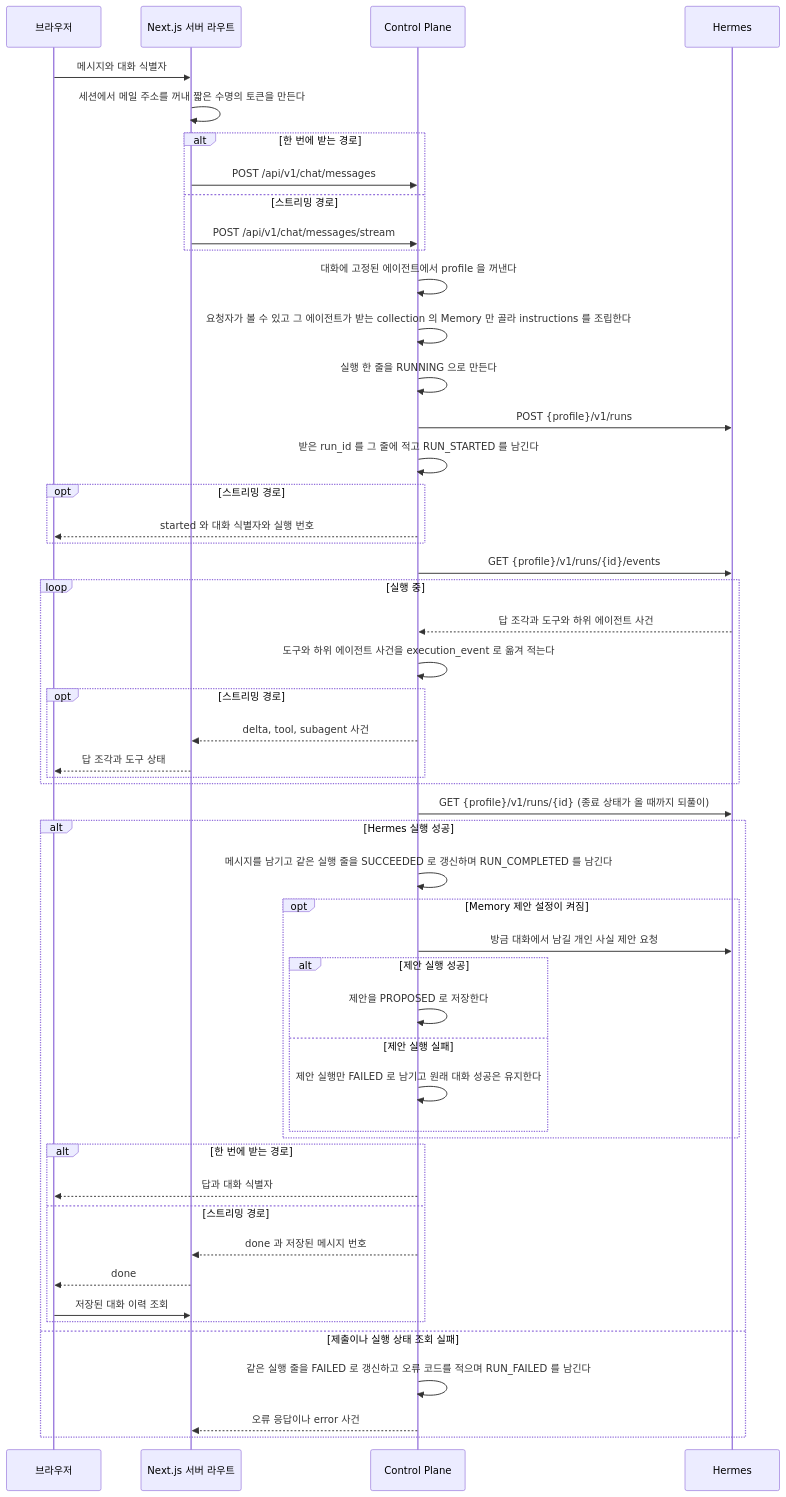
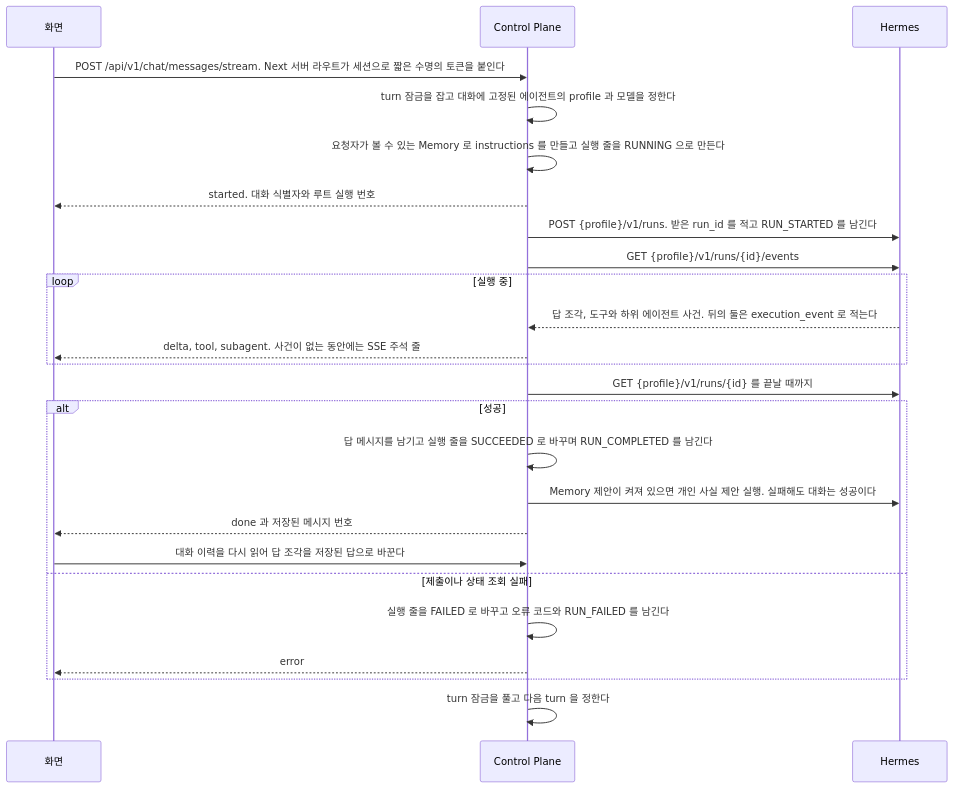
One commit to jon890/fos-assistant changed the diagram in docs/features/chat.md. Above: the diagram before and after it, drawn with Mermaid. The commit also changed other lines of this file, not shown here.

````diff
--- a/docs/features/chat.md
+++ b/docs/features/chat.md
@@ -176,54 +20,28 @@
 ```mermaid
 sequenceDiagram
-    participant B as 브라우저
-    participant W as Next.js 서버 라우트
+    participant W as 화면
     participant C as Control Plane
     participant H as Hermes
 
-    B->>W: 메시지와 대화 식별자
-    W->>W: 세션에서 메일 주소를 꺼내 짧은 수명의 토큰을 만든다
-    alt 한 번에 받는 경로
-        W->>C: POST /api/v1/chat/messages
-    else 스트리밍 경로
-        W->>C: POST /api/v1/chat/messages/stream
-    end
-    C->>C: 대화에 고정된 에이전트에서 profile 을 꺼낸다
-    C->>C: 요청자가 볼 수 있고 그 에이전트가 받는 collection 의 Memory 만 골라 instructions 를 조립한다
-    C->>C: 실행 한 줄을 RUNNING 으로 만든다
-    C->>H: POST {profile}/v1/runs
-    C->>C: 받은 run_id 를 그 줄에 적고 RUN_STARTED 를 남긴다
-    opt 스트리밍 경로
-        C-->>B: started 와 대화 식별자와 실행 번호
-    end
+    W->>C: POST /api/v1/chat/messages/stream. Next 서버 라우트가 세션으로 짧은 수명의 토큰을 붙인다
+    C->>C: turn 잠금을 잡고 대화에 고정된 에이전트의 profile 과 모델을 정한다
+    C->>C: 요청자가 볼 수 있는 Memory 로 instructions 를 만들고 실행 줄을 RUNNING 으로 만든다
+    C-->>W: started. 대화 식별자와 루트 실행 번호
+    C->>H: POST {profile}/v1/runs. 받은 run_id 를 적고 RUN_STARTED 를 남긴다
     C->>H: GET {profile}/v1/runs/{id}/events
     loop 실행 중
-        H-->>C: 답 조각과 도구와 하위 에이전트 사건
-        C->>C: 도구와 하위 에이전트 사건을 execution_event 로 옮겨 적는다
-        opt 스트리밍 경로
-            C-->>W: delta, tool, subagent 사건
-            W-->>B: 답 조각과 도구 상태
-        end
+        H-->>C: 답 조각, 도구와 하위 에이전트 사건. 뒤의 둘은 execution_event 로 적는다
+        C-->>W: delta, tool, subagent. 사건이 없는 동안에는 SSE 주석 줄
     end
-    C->>H: GET {profile}/v1/runs/{id} (종료 상태가 올 때까지 되풀이)
-    alt Hermes 실행 성공
-        C->>C: 메시지를 남기고 같은 실행 줄을 SUCCEEDED 로 갱신하며 RUN_COMPLETED 를 남긴다
-        opt Memory 제안 설정이 켜짐
-            C->>H: 방금 대화에서 남길 개인 사실 제안 요청
-            alt 제안 실행 성공
-                C->>C: 제안을 PROPOSED 로 저장한다
-            else 제안 실행 실패
-                C->>C: 제안 실행만 FAILED 로 남기고 원래 대화 성공은 유지한다
-            end
-        end
-        alt 한 번에 받는 경로
-            C-->>B: 답과 대화 식별자
-        else 스트리밍 경로
-            C-->>W: done 과 저장된 메시지 번호
-            W-->>B: done
-            B->>W: 저장된 대화 이력 조회
-        end
-    else 제출이나 실행 상태 조회 실패
-        C->>C: 같은 실행 줄을 FAILED 로 갱신하고 오류 코드를 적으며 RUN_FAILED 를 남긴다
-        C-->>W: 오류 응답이나 error 사건
+    C->>H: GET {profile}/v1/runs/{id} 를 끝날 때까지
+    alt 성공
+        C->>C: 답 메시지를 남기고 실행 줄을 SUCCEEDED 로 바꾸며 RUN_COMPLETED 를 남긴다
+        C->>H: Memory 제안이 켜져 있으면 개인 사실 제안 실행. 실패해도 대화는 성공이다
+        C-->>W: done 과 저장된 메시지 번호
+        W->>C: 대화 이력을 다시 읽어 답 조각을 저장된 답으로 바꾼다
+    else 제출이나 상태 조회 실패
+        C->>C: 실행 줄을 FAILED 로 바꾸고 오류 코드와 RUN_FAILED 를 남긴다
+        C-->>W: error
     end
+    C->>C: turn 잠금을 풀고 다음 turn 을 정한다
 ```
````
